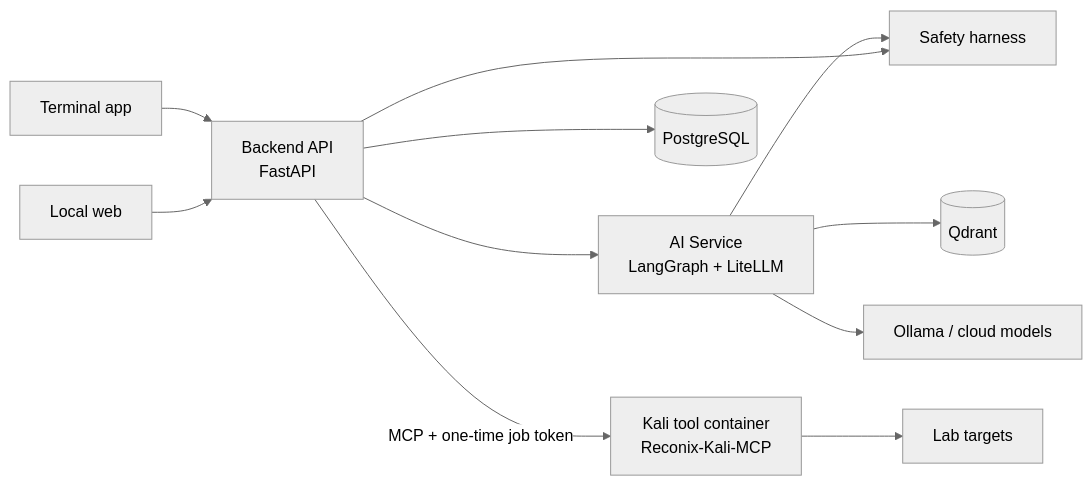
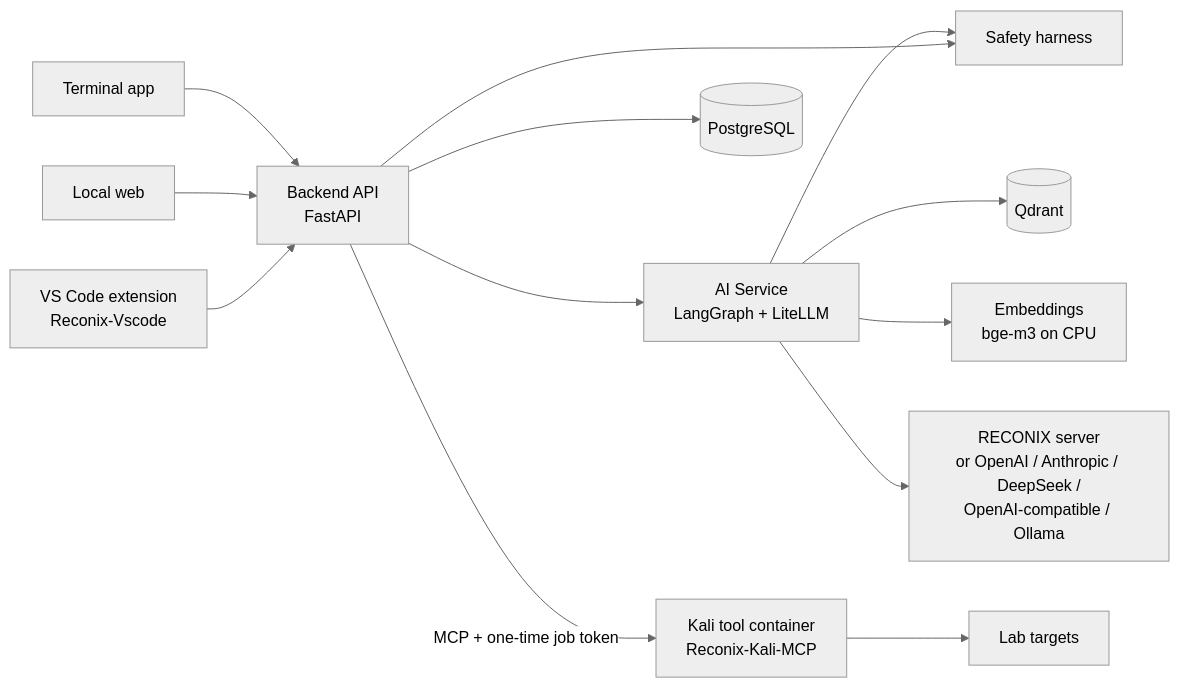
Before and after one commit to jimtwenty2/reconix-core-backend: the diagram in README.md, drawn with Mermaid (neutral theme). The commit also changed other lines of this file and 58 other files, not shown here.

First line of the commit message:
chore(deploy,api,ai): API in Compose, closed networks, seed data, hosted RECONIX model

````diff
--- a/README.md
+++ b/README.md
@@ -50,13 +50,15 @@
 ```mermaid
 flowchart LR
     TUI[Terminal app] --> API
     WEB[Local web] --> API
+    VSC[VS Code extension<br/>Reconix-Vscode] --> API
     API[Backend API<br/>FastAPI] --> AI[AI Service<br/>LangGraph + LiteLLM]
     AI --> H[Safety harness]
     API --> H
     API --> DB[(PostgreSQL)]
     AI --> Q[(Qdrant)]
-    AI --> O[Ollama / cloud models]
+    AI --> E[Embeddings<br/>bge-m3 on CPU]
+    AI --> O[RECONIX server<br/>or OpenAI / Anthropic / DeepSeek /<br/>OpenAI-compatible / Ollama]
     API -- MCP + one-time job token --> KALI[Kali tool container<br/>Reconix-Kali-MCP]
     KALI --> LAB[Lab targets]
 ```
````
